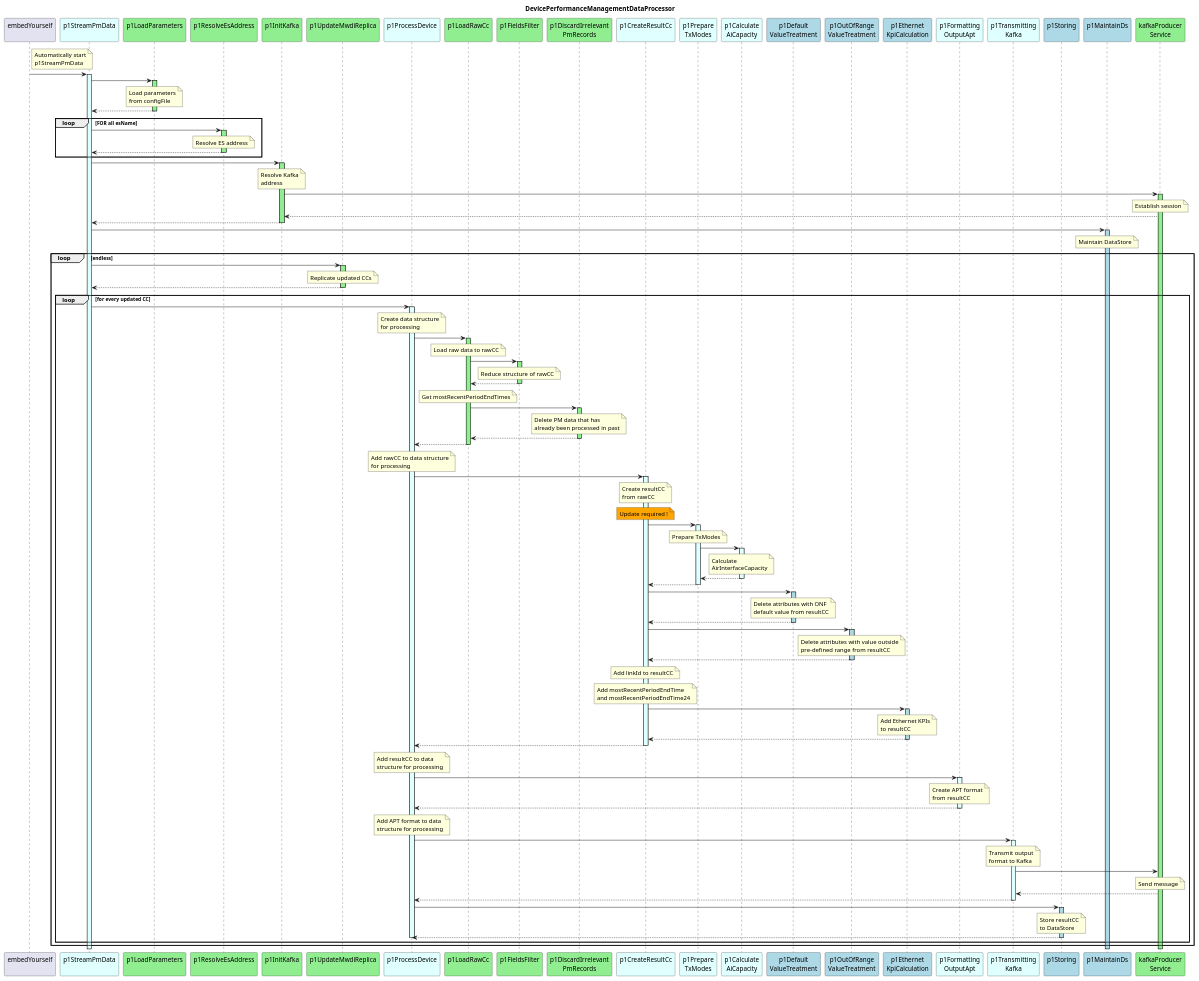
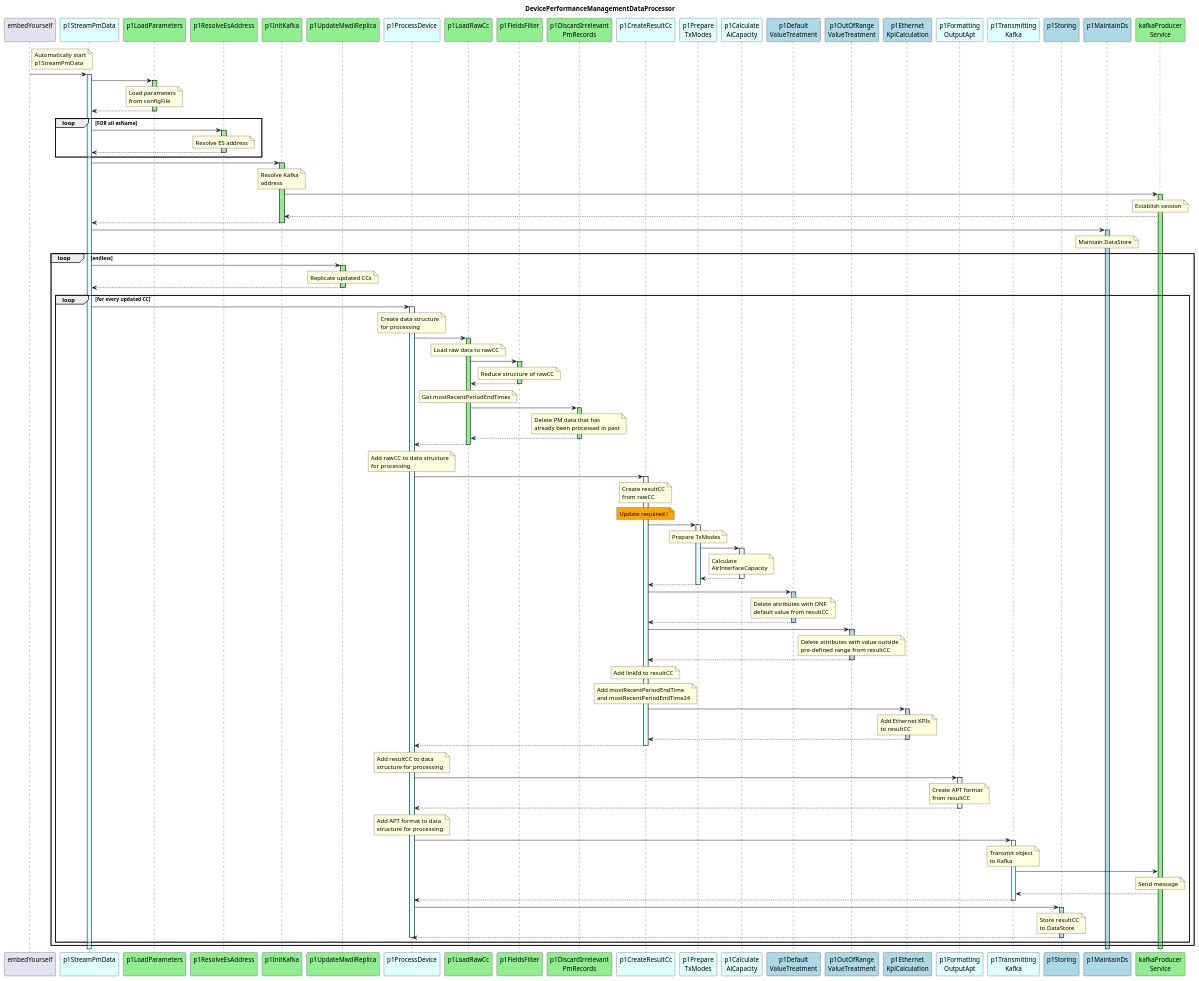
The diagram in spec/diagrams/hl_sequence.plantuml (openBackhaul/DevicePerformanceManagementDataProcessor), drawn with PlantUML before and after one commit. The commit also changed 11 other files, not shown here.

```diff
--- a/spec/diagrams/hl_sequence.plantuml
+++ b/spec/diagrams/hl_sequence.plantuml
@@ -262,8 +262,8 @@
         activate p1Trans #LightCyan
 
           note over p1Trans
-            Transmit output
-            format to Kafka
+            Transmit object
+            to Kafka
           end note
           p1Trans -> kafkaProd
             note over kafkaProd
```
